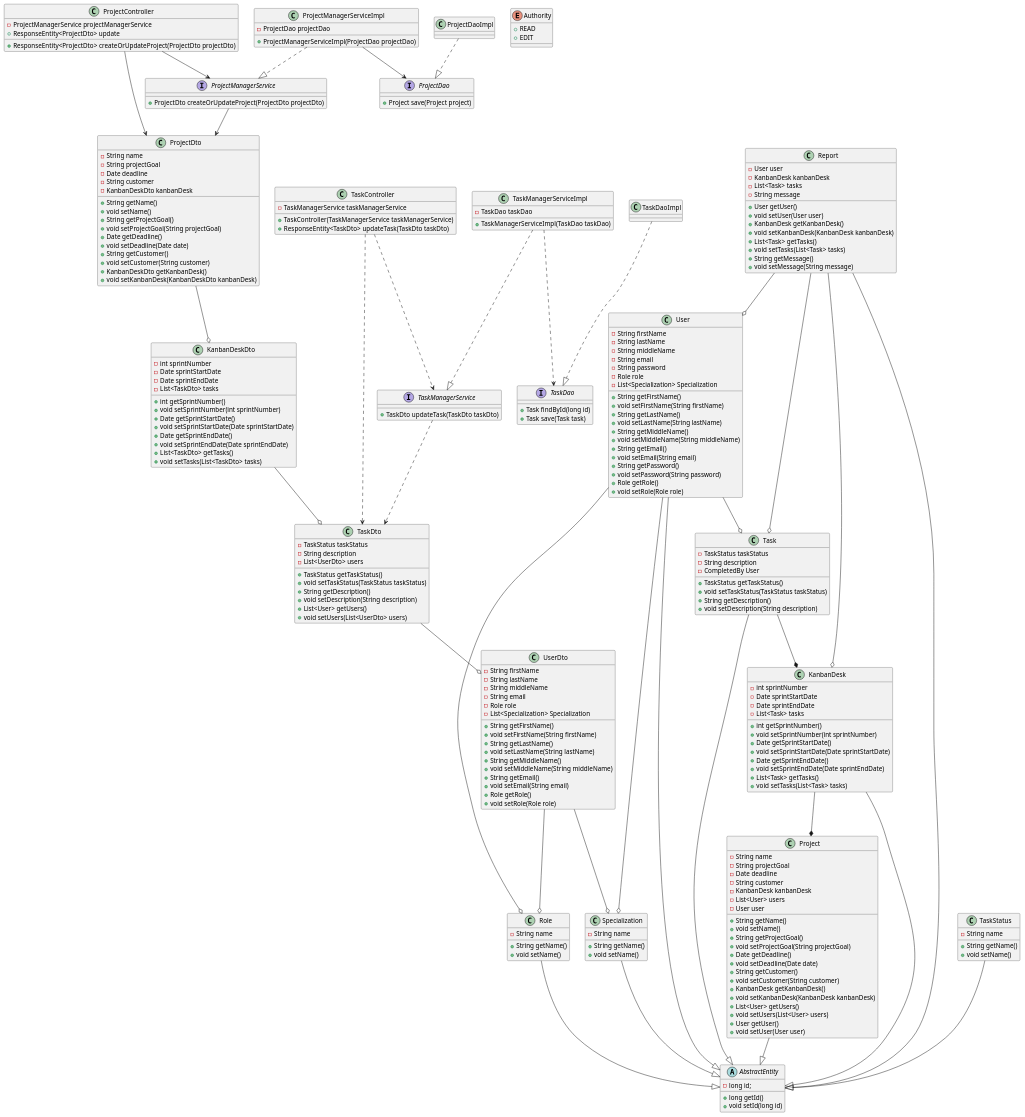
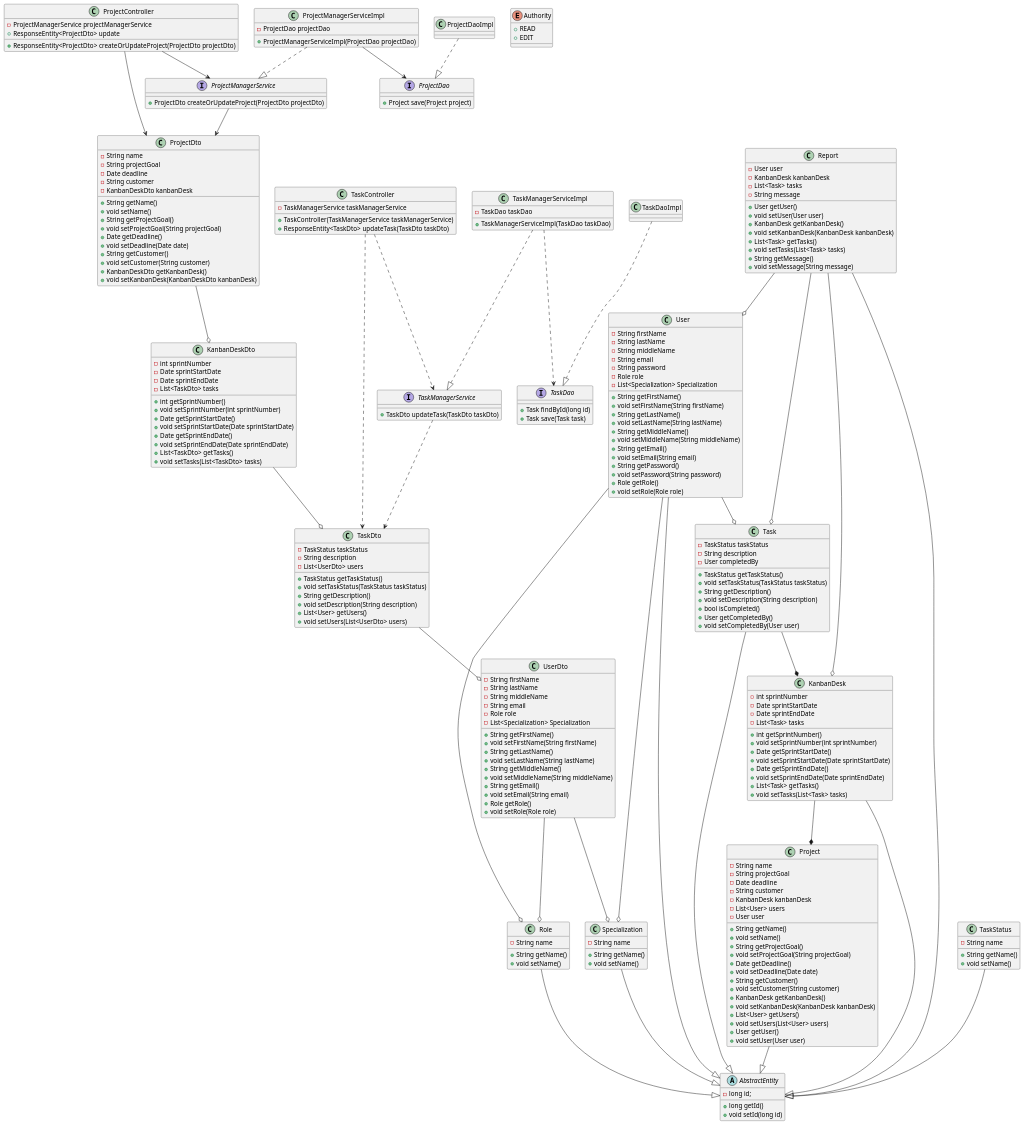
One commit to penamarth/bsbo-02-21_team_var7_erp changed the diagram in UML diagrams/Class-diagrams/classes.wsd. Above: the diagram before and after it, drawn with PlantUML. The commit also changed 6 other files, not shown here.

Commit message:
Modified Task: replaced CompletedBy User

```diff
--- a/UML diagrams/Class-diagrams/classes.wsd
+++ b/UML diagrams/Class-diagrams/classes.wsd
@@ -104,11 +104,14 @@
 {
     - TaskStatus taskStatus
     - String description
-    - CompletedBy User
+    - User completedBy
     + TaskStatus getTaskStatus()
     + void setTaskStatus(TaskStatus taskStatus)
     + String getDescription()
     + void setDescription(String description)
+    + bool isCompleted()
+    + User getCompletedBy()
+    + void setCompletedBy(User user)
 }
 class TaskDto
 {
```
